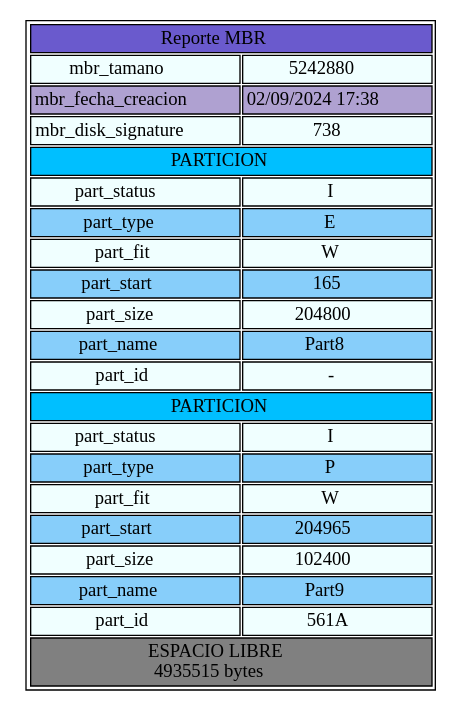
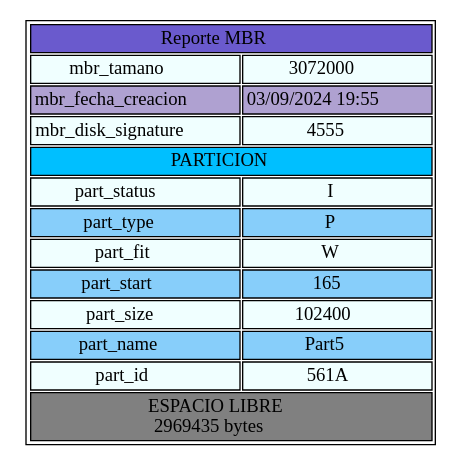
Before and after one commit to KimberlyEstupe/MIA_2S_P1_201513656: the diagram in Resultados/reports/reporte3.dot, drawn with Graphviz. The commit also changed 34 other files, not shown here.

```diff
--- a/Resultados/reports/reporte3.dot
+++ b/Resultados/reports/reporte3.dot
@@ -1,85 +1,54 @@
 digraph { 
 node [ shape=none ] 
 TablaReportNodo [ label = < <table border="1"> 
  <tr>
   <td bgcolor='SlateBlue' COLSPAN="2"> Reporte MBR </td> 
  </tr> 
  <tr>
   <td bgcolor='Azure'> mbr_tamano </td> 
-  <td bgcolor='Azure'> 5242880 </td> 
+  <td bgcolor='Azure'> 3072000 </td> 
  </tr> 
  <tr>
   <td bgcolor='#AFA1D1'> mbr_fecha_creacion </td> 
-  <td bgcolor='#AFA1D1'> 02/09/2024 17:38 </td> 
+  <td bgcolor='#AFA1D1'> 03/09/2024 19:55 </td> 
  </tr> 
  <tr>
   <td bgcolor='Azure'> mbr_disk_signature </td> 
-  <td bgcolor='Azure'> 738 </td> 
+  <td bgcolor='Azure'> 4555 </td> 
  </tr>  
- <tr>
-  <td bgcolor='DeepSkyBlue' COLSPAN="2"> PARTICION </td> 
- </tr> 
- <tr>
-  <td bgcolor='Azure'> part_status </td> 
-  <td bgcolor='Azure'> I </td> 
- </tr> 
- <tr>
-  <td bgcolor='LightSkyBlue'> part_type </td> 
-  <td bgcolor='LightSkyBlue'> E </td> 
- </tr> 
- <tr>
-  <td bgcolor='Azure'> part_fit </td> 
-  <td bgcolor='Azure'> W </td> 
- </tr> 
- <tr>
-  <td bgcolor='LightSkyBlue'> part_start </td> 
-  <td bgcolor='LightSkyBlue'> 165 </td> 
- </tr> 
- <tr>
-  <td bgcolor='Azure'> part_size </td> 
-  <td bgcolor='Azure'> 204800 </td> 
- </tr> 
- <tr>
-  <td bgcolor='LightSkyBlue'> part_name </td> 
-  <td bgcolor='LightSkyBlue'> Part8 </td> 
- </tr> 
- <tr>
-  <td bgcolor='Azure'> part_id </td> 
-  <td bgcolor='Azure'> - </td> 
- </tr> 
  <tr>
   <td bgcolor='DeepSkyBlue' COLSPAN="2"> PARTICION </td> 
  </tr> 
  <tr>
   <td bgcolor='Azure'> part_status </td> 
   <td bgcolor='Azure'> I </td> 
  </tr> 
  <tr>
   <td bgcolor='LightSkyBlue'> part_type </td> 
   <td bgcolor='LightSkyBlue'> P </td> 
  </tr> 
  <tr>
   <td bgcolor='Azure'> part_fit </td> 
   <td bgcolor='Azure'> W </td> 
  </tr> 
  <tr>
   <td bgcolor='LightSkyBlue'> part_start </td> 
-  <td bgcolor='LightSkyBlue'> 204965 </td> 
+  <td bgcolor='LightSkyBlue'> 165 </td> 
  </tr> 
  <tr>
   <td bgcolor='Azure'> part_size </td> 
   <td bgcolor='Azure'> 102400 </td> 
  </tr> 
  <tr>
   <td bgcolor='LightSkyBlue'> part_name </td> 
-  <td bgcolor='LightSkyBlue'> Part9 </td> 
+  <td bgcolor='LightSkyBlue'> Part5 </td> 
  </tr> 
  <tr>
   <td bgcolor='Azure'> part_id </td> 
   <td bgcolor='Azure'> 561A </td> 
  </tr> 
  <tr>
-  <td bgcolor='#808080' COLSPAN="2"> ESPACIO LIBRE <br/> 4935515 bytes </td> 
+  <td bgcolor='#808080' COLSPAN="2"> ESPACIO LIBRE <br/> 2969435 bytes </td> 
  </tr> 
 </table> > ]
 }
```
